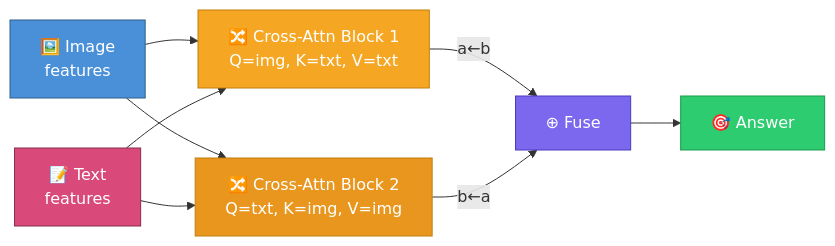
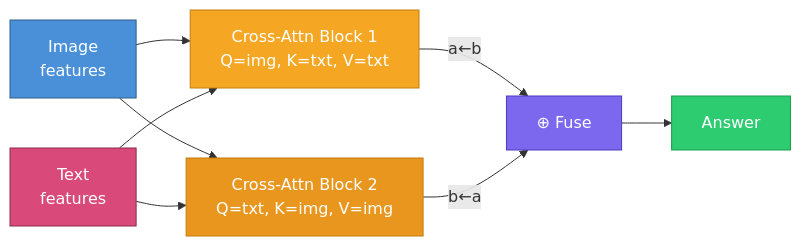
Before and after one commit to adikatre/Asymmetric-Cross-Modal-Attention: the sixth of 7 diagrams in README.md, drawn with Mermaid. The commit also changed other lines of this file, not shown here.

````diff
--- a/README.md
+++ b/README.md
@@ -591,17 +591,17 @@
 ```mermaid
 graph LR
-    I5["🖼️ Image<br/>features"] --> CA5A["🔀 Cross-Attn Block 1<br/>Q=img, K=txt, V=txt"]
-    T5["📝 Text<br/>features"] --> CA5A
-    I5 --> CA5B["🔀 Cross-Attn Block 2<br/>Q=txt, K=img, V=img"]
+    I5["Image<br/>features"] --> CA5A["Cross-Attn Block 1<br/>Q=img, K=txt, V=txt"]
+    T5["Text<br/>features"] --> CA5A
+    I5 --> CA5B["Cross-Attn Block 2<br/>Q=txt, K=img, V=img"]
     T5 --> CA5B
     CA5A -->|"a←b"| F5["⊕ Fuse"]
     CA5B -->|"b←a"| F5
-    F5 --> A5["🎯 Answer"]
+    F5 --> A5["Answer"]
 
     style I5 fill:#4A90D9,stroke:#2C5F8A,color:#fff
     style T5 fill:#D94A7A,stroke:#8A2C4F,color:#fff
     style CA5A fill:#F5A623,stroke:#C47D0E,color:#fff
     style CA5B fill:#E8961E,stroke:#C47D0E,color:#fff
     style F5 fill:#7B68EE,stroke:#4B3BBE,color:#fff
     style A5 fill:#2ECC71,stroke:#1A9B4E,color:#fff
 ```
````
